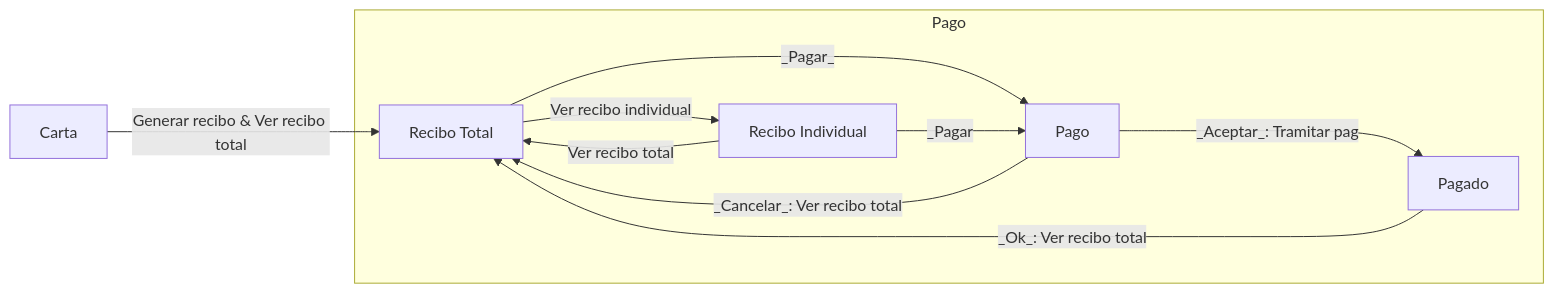
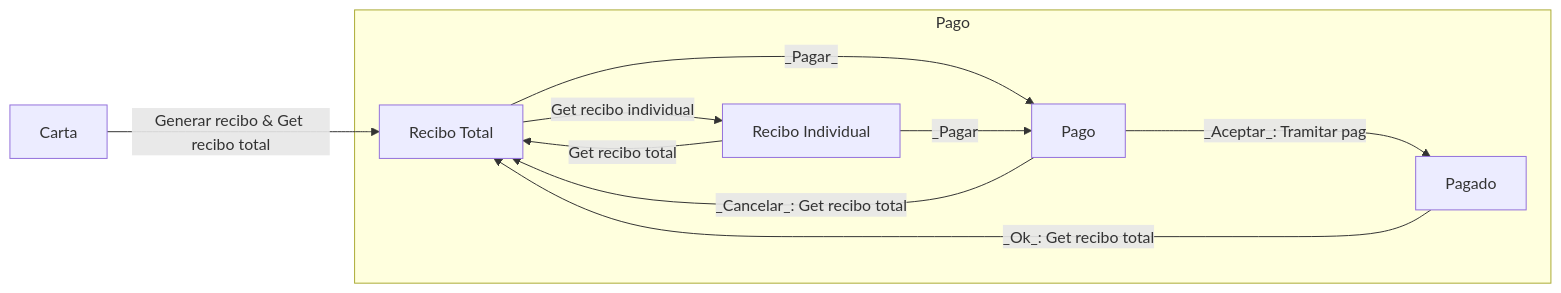
Before and after one commit to pabenito/QRest: the sixth of 9 diagrams in documentacion/requisitos/diagramas_de_flujo.md, drawn with Mermaid. The commit also changed other lines of this file, not shown here.

Commit message:
Diagramas de flujo: Casos de uso del backend & Sintaxis

````diff
--- a/documentacion/requisitos/diagramas_de_flujo.md
+++ b/documentacion/requisitos/diagramas_de_flujo.md
@@ -67,18 +93,18 @@
 ```mermaid
 flowchart LR
     carta[Carta]
     subgraph g_pago[Pago]
         recibo_total[Recibo Total]
         recibo_individual[Recibo Individual]
         pago[Pago]
         pagado[Pagado]
     end
-    carta --Generar recibo & Ver recibo total--> recibo_total
-    recibo_total --Ver recibo individual--> recibo_individual
+    carta --Generar recibo & Get recibo total--> recibo_total
+    recibo_total --Get recibo individual--> recibo_individual
     recibo_total --_Pagar_--> pago
-    recibo_individual --Ver recibo total--> recibo_total
+    recibo_individual --Get recibo total--> recibo_total
     recibo_individual --_Pagar--> pago
-    pago --_Cancelar_: Ver recibo total--> recibo_total
+    pago --_Cancelar_: Get recibo total--> recibo_total
     pago --_Aceptar_: Tramitar pago--> pagado
-    pagado --_Ok_: Ver recibo total--> recibo_total
+    pagado --_Ok_: Get recibo total--> recibo_total
 ```
````
